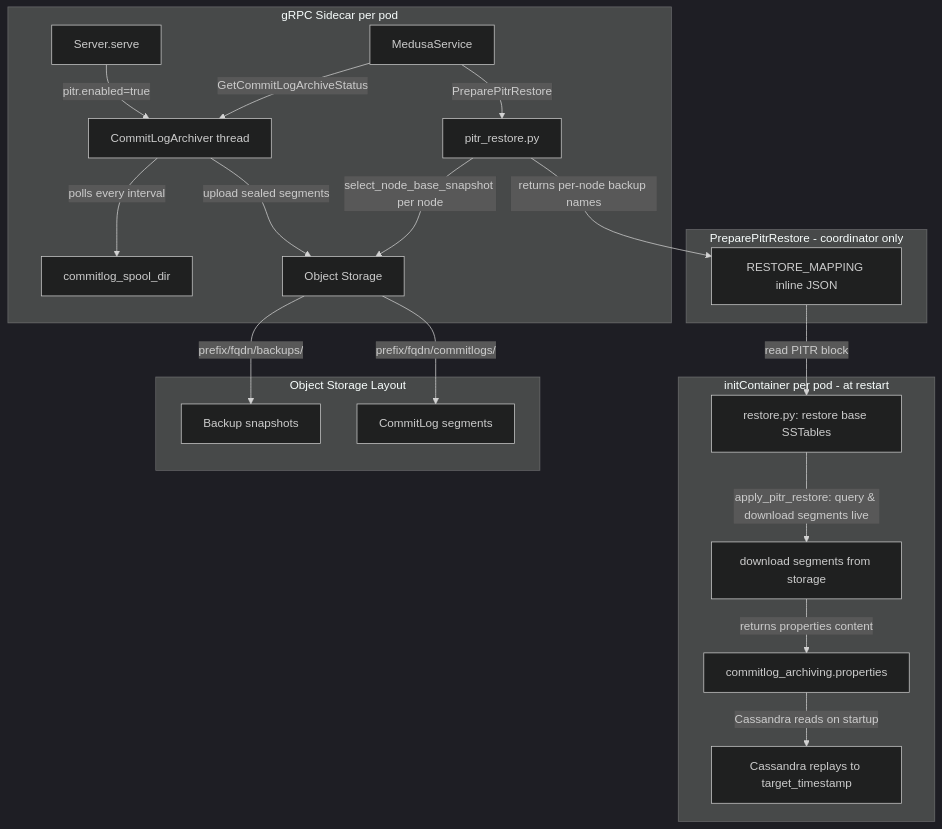
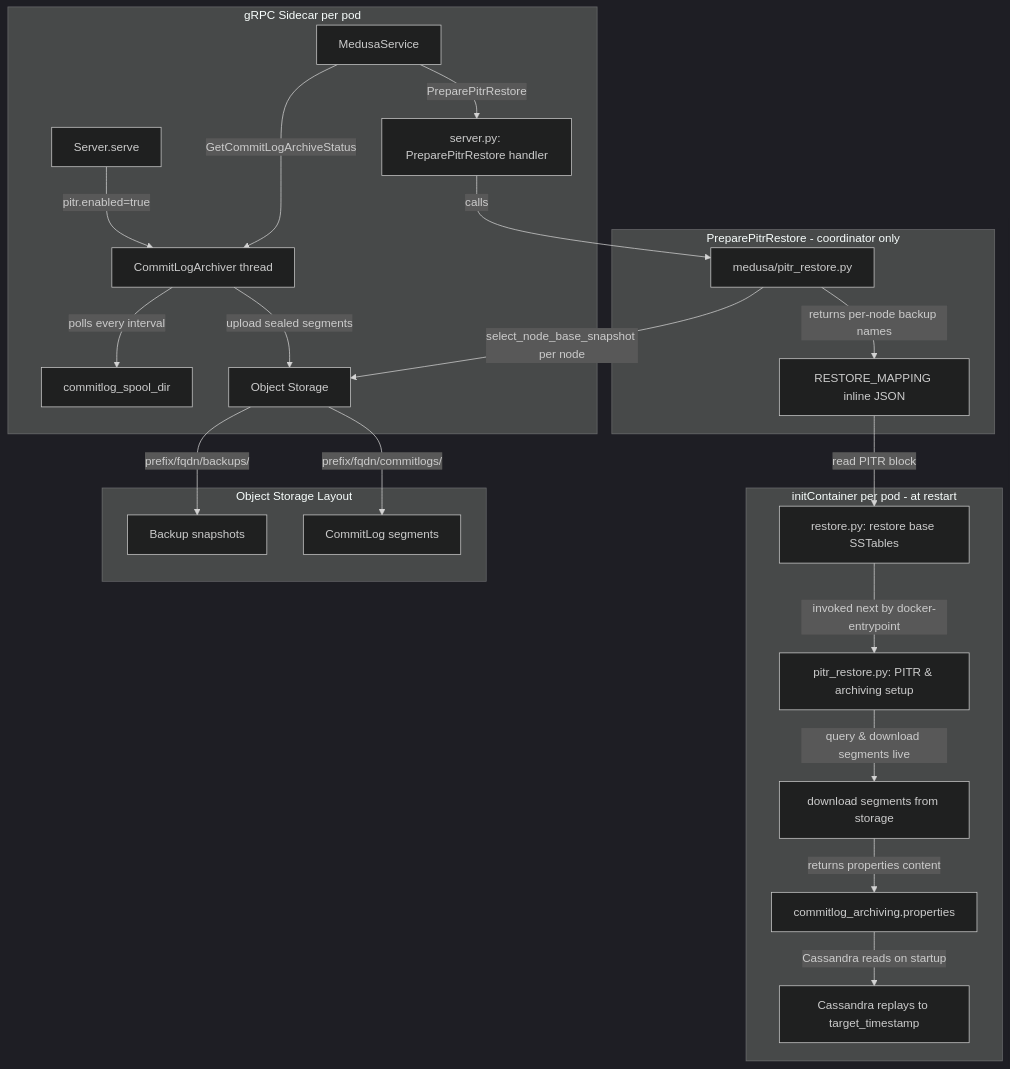
One commit to thelastpickle/cassandra-medusa changed the first of 2 diagrams in docs/superpowers/specs/pitr-design-doc.md. Above: the diagram before and after it, drawn with Mermaid (dark theme). The commit also changed other lines of this file and 1 other file, not shown here.

````diff
--- a/docs/superpowers/specs/pitr-design-doc.md
+++ b/docs/superpowers/specs/pitr-design-doc.md
@@ -99,27 +100,29 @@
 ```mermaid
 graph TD
     subgraph gRPC Sidecar per pod
         S[Server.serve] -->|pitr.enabled=true| A[CommitLogArchiver thread]
         A -->|polls every interval| CL[commitlog_spool_dir]
         A -->|upload sealed segments| OS[Object Storage]
         SVC[MedusaService] -->|GetCommitLogArchiveStatus| A
-        SVC -->|PreparePitrRestore| PITR[pitr_restore.py]
+        SVC -->|PreparePitrRestore| RPC_HANDLER[server.py: PreparePitrRestore handler]
     end
 
     subgraph PreparePitrRestore - coordinator only
-        PITR -->|select_node_base_snapshot per node| OS
-        PITR -->|returns per-node backup names| RM[RESTORE_MAPPING inline JSON]
+        RPC_HANDLER -->|calls| PITR_MODULE[medusa/pitr_restore.py]
+        PITR_MODULE -->|select_node_base_snapshot per node| OS
+        PITR_MODULE -->|returns per-node backup names| RM[RESTORE_MAPPING inline JSON]
     end
 
     subgraph initContainer per pod - at restart
         RM -->|read PITR block| RC[restore.py: restore base SSTables]
-        RC -->|apply_pitr_restore: query & download segments live| DL[download segments from storage]
+        RC -->|invoked next by docker-entrypoint| PR[pitr_restore.py: PITR & archiving setup]
+        PR -->|query & download segments live| DL[download segments from storage]
         DL -->|returns properties content| PROPS[commitlog_archiving.properties]
         PROPS -->|Cassandra reads on startup| CS[Cassandra replays to target_timestamp]
     end
 
     subgraph Object Storage Layout
         OS --> |prefix/fqdn/backups/| BK[Backup snapshots]
         OS --> |prefix/fqdn/commitlogs/| CLS[CommitLog segments]
     end
 ```
````
